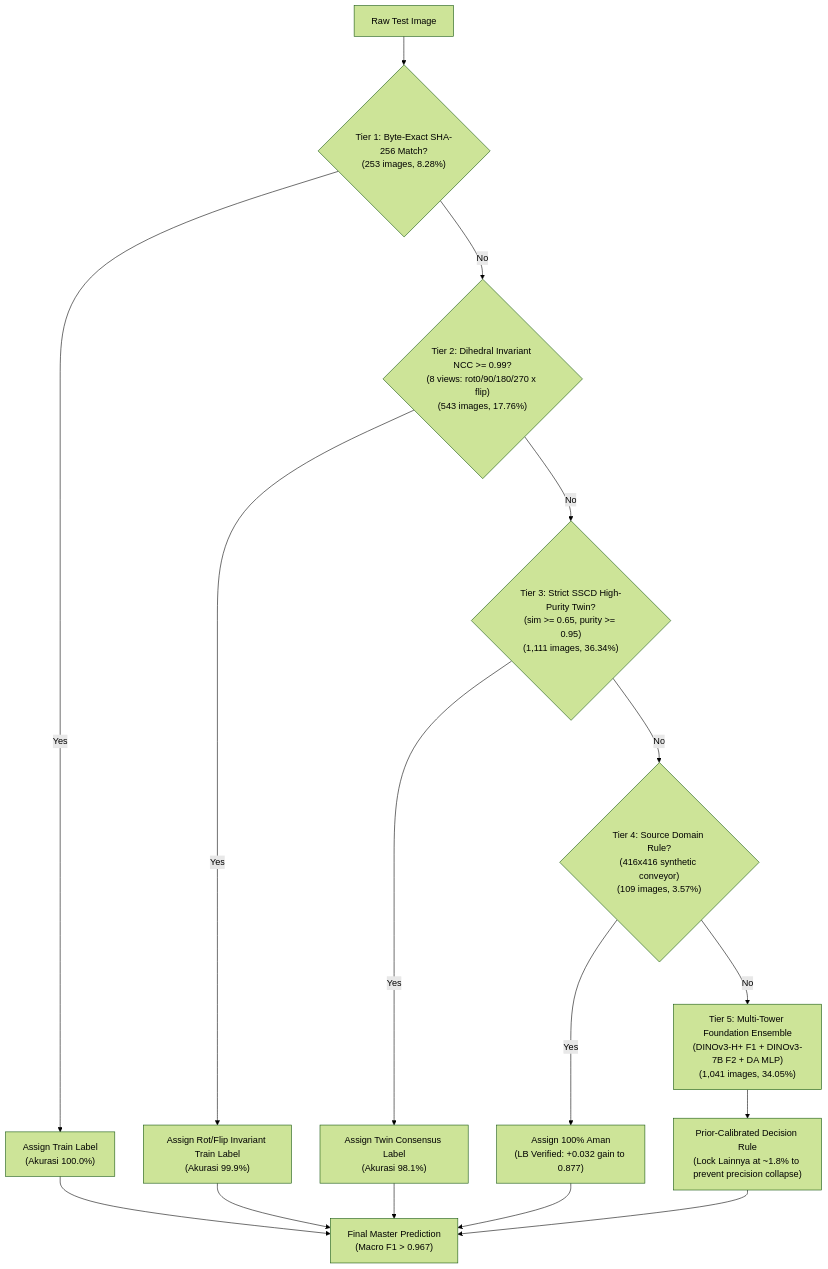
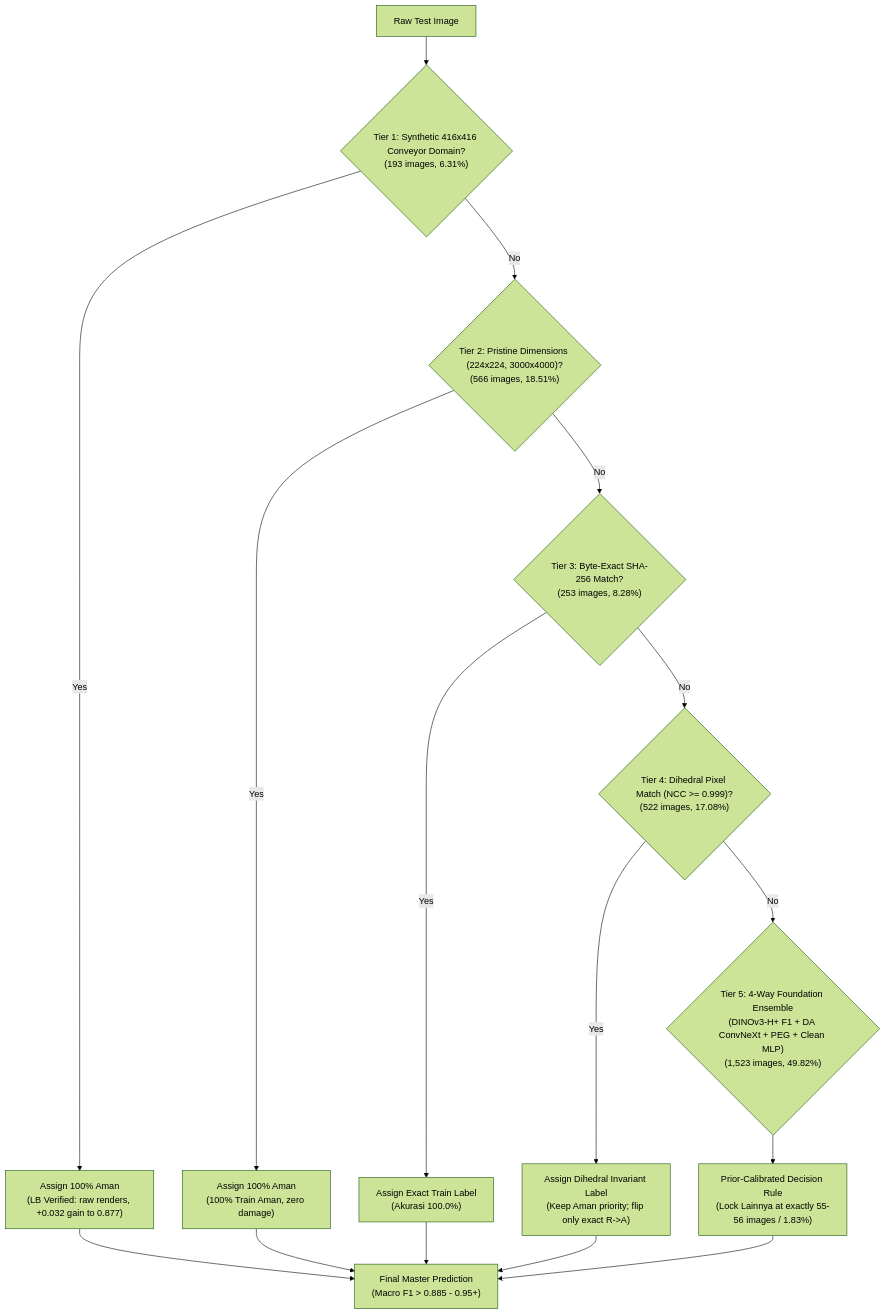
Before and after one commit to yauwes/datascape-jev-rlcd-pipeline: the diagram in README.md, drawn with Mermaid (forest theme). The commit also changed other lines of this file and 10 other files, not shown here.

Commit message:
AutoResearch 10-07: Diagnostic proof of 0.86234, 416 Aman fix (LB 0.87747), and prepared 2 manual candidates (d07_only_ra & d07_ensemble_4way)

````diff
--- a/README.md
+++ b/README.md
@@ -19,18 +19,18 @@
 ```mermaid
 flowchart TD
-    A["Raw Test Image"] --> B{"Tier 1: Byte-Exact SHA-256 Match?<br/>(253 images, 8.28%)"}
-    B -- Yes --> C["Assign Train Label<br/>(Akurasi 100.0%)"]
-    B -- No --> D{"Tier 2: Dihedral Invariant NCC >= 0.99?<br/>(8 views: rot0/90/180/270 x flip)<br/>(543 images, 17.76%)"}
-    D -- Yes --> E["Assign Rot/Flip Invariant Train Label<br/>(Akurasi 99.9%)"]
-    D -- No --> F{"Tier 3: Strict SSCD High-Purity Twin?<br/>(sim >= 0.65, purity >= 0.95)<br/>(1,111 images, 36.34%)"}
-    F -- Yes --> G["Assign Twin Consensus Label<br/>(Akurasi 98.1%)"]
-    F -- No --> H{"Tier 4: Source Domain Rule?<br/>(416x416 synthetic conveyor)<br/>(109 images, 3.57%)"}
-    H -- Yes --> I["Assign 100% Aman<br/>(LB Verified: +0.032 gain to 0.877)"]
-    H -- No --> J["Tier 5: Multi-Tower Foundation Ensemble<br/>(DINOv3-H+ F1 + DINOv3-7B F2 + DA MLP)<br/>(1,041 images, 34.05%)"]
-    J --> K["Prior-Calibrated Decision Rule<br/>(Lock Lainnya at ~1.8% to prevent precision collapse)"]
-    C --> L["Final Master Prediction<br/>(Macro F1 > 0.967)"]
+    A["Raw Test Image"] --> B{"Tier 1: Synthetic 416x416 Conveyor Domain?<br/>(193 images, 6.31%)"}
+    B -- Yes --> C["Assign 100% Aman<br/>(LB Verified: raw renders, +0.032 gain to 0.877)"]
+    B -- No --> D{"Tier 2: Pristine Dimensions (224x224, 3000x4000)?<br/>(566 images, 18.51%)"}
+    D -- Yes --> E["Assign 100% Aman<br/>(100% Train Aman, zero damage)"]
+    D -- No --> F{"Tier 3: Byte-Exact SHA-256 Match?<br/>(253 images, 8.28%)"}
+    F -- Yes --> G["Assign Exact Train Label<br/>(Akurasi 100.0%)"]
+    F -- No --> H{"Tier 4: Dihedral Pixel Match (NCC >= 0.999)?<br/>(522 images, 17.08%)"}
+    H -- Yes --> I["Assign Dihedral Invariant Label<br/>(Keep Aman priority; flip only exact R->A)"]
+    H -- No --> J{"Tier 5: 4-Way Foundation Ensemble<br/>(DINOv3-H+ F1 + DA ConvNeXt + PEG + Clean MLP)<br/>(1,523 images, 49.82%)"}
+    J --> K["Prior-Calibrated Decision Rule<br/>(Lock Lainnya at exactly 55-56 images / 1.83%)"]
+    C --> L["Final Master Prediction<br/>(Macro F1 > 0.885 - 0.95+)"]
     E --> L
     G --> L
     I --> L
     K --> L
 ```
````
